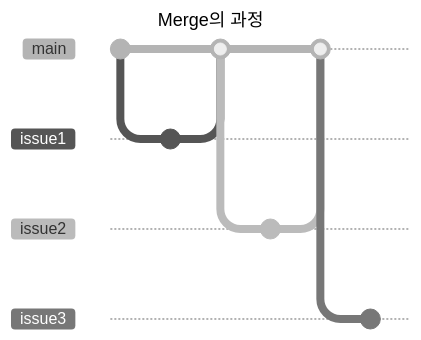
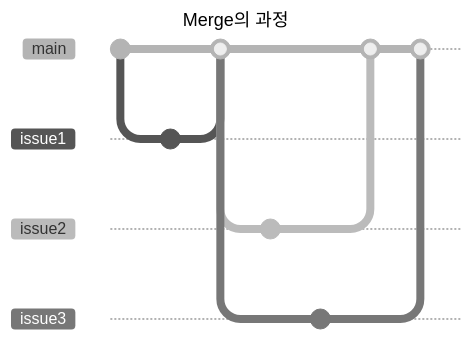
The diagram in Daily/2025-03-12.md (choiexe1/local), drawn with Mermaid (neutral theme) before and after one commit. The commit also changed other lines of this file and 1 other file, not shown here. Commit ids are hidden.

````diff
--- a/Daily/2025-03-12.md
+++ b/Daily/2025-03-12.md
@@ -20,22 +21,22 @@
 ```mermaid
 ---
 title: Merge의 과정
 ---
 gitGraph
    commit
    branch issue1
    checkout issue1
    commit
    
    checkout main
    merge issue1
    branch issue2
+   branch issue3
    checkout issue2
+   commit
+   checkout issue3
    commit
    checkout main
    merge issue2
-   
-   branch issue3
-   checkout issue3
-   commit
+   merge issue3
 ```
````
